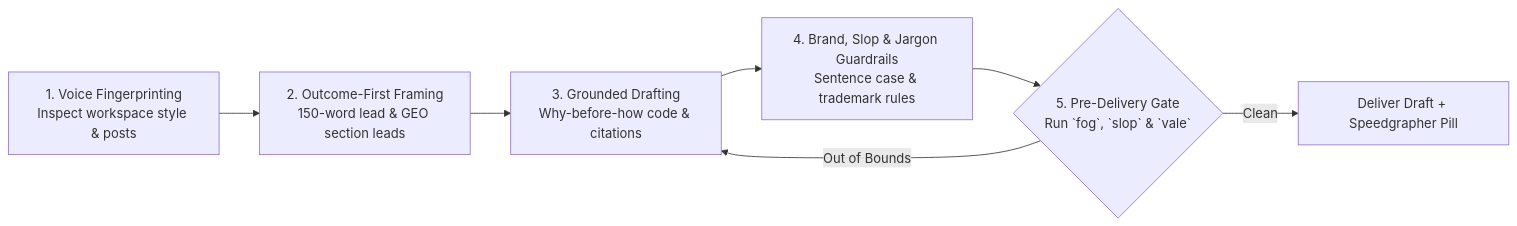
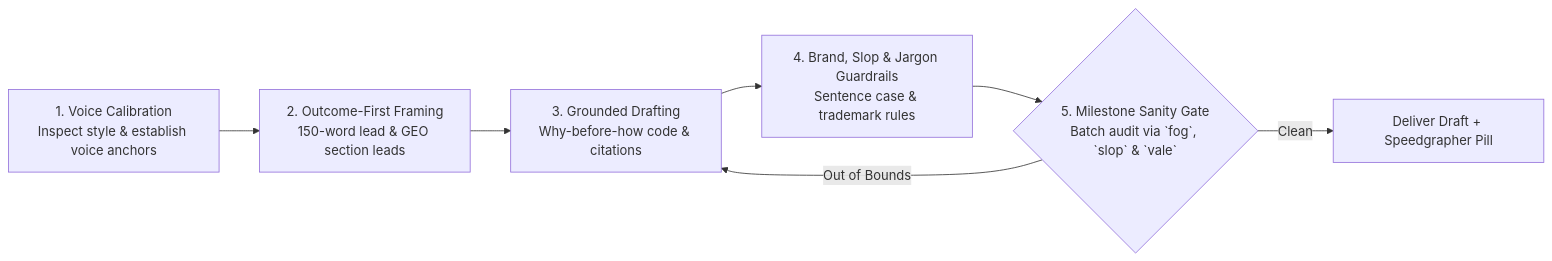
The diagram in skills/draft/SKILL.md (danicat/speedgrapher), drawn with Mermaid before and after one commit. The commit also changed other lines of this file and 6 other files, not shown here.

Commit message:
feat(skills): decouple drafting from linters, add voice calibration, and strengthen release gates (v0.13.3)

````diff
--- a/skills/draft/SKILL.md
+++ b/skills/draft/SKILL.md
@@ -25,9 +25,9 @@
 ```mermaid
 flowchart LR
-    Voice["1. Voice Fingerprinting\nInspect workspace style & posts"] --> Framing["2. Outcome-First Framing\n150-word lead & GEO section leads"]
+    Voice["1. Voice Calibration\nInspect style & establish voice anchors"] --> Framing["2. Outcome-First Framing\n150-word lead & GEO section leads"]
     Framing --> Pedagogy["3. Grounded Drafting\nWhy-before-how code & citations"]
     Pedagogy --> Safety["4. Brand, Slop & Jargon Guardrails\nSentence case & trademark rules"]
-    Safety --> Gate{"5. Pre-Delivery Gate\nRun `fog`, `slop` & `vale`"}
+    Safety --> Gate{"5. Milestone Sanity Gate\nBatch audit via `fog`, `slop` & `vale`"}
     Gate -->|Out of Bounds| Pedagogy
     Gate -->|Clean| Deliver["Deliver Draft + Speedgrapher Pill"]
 ```
````
